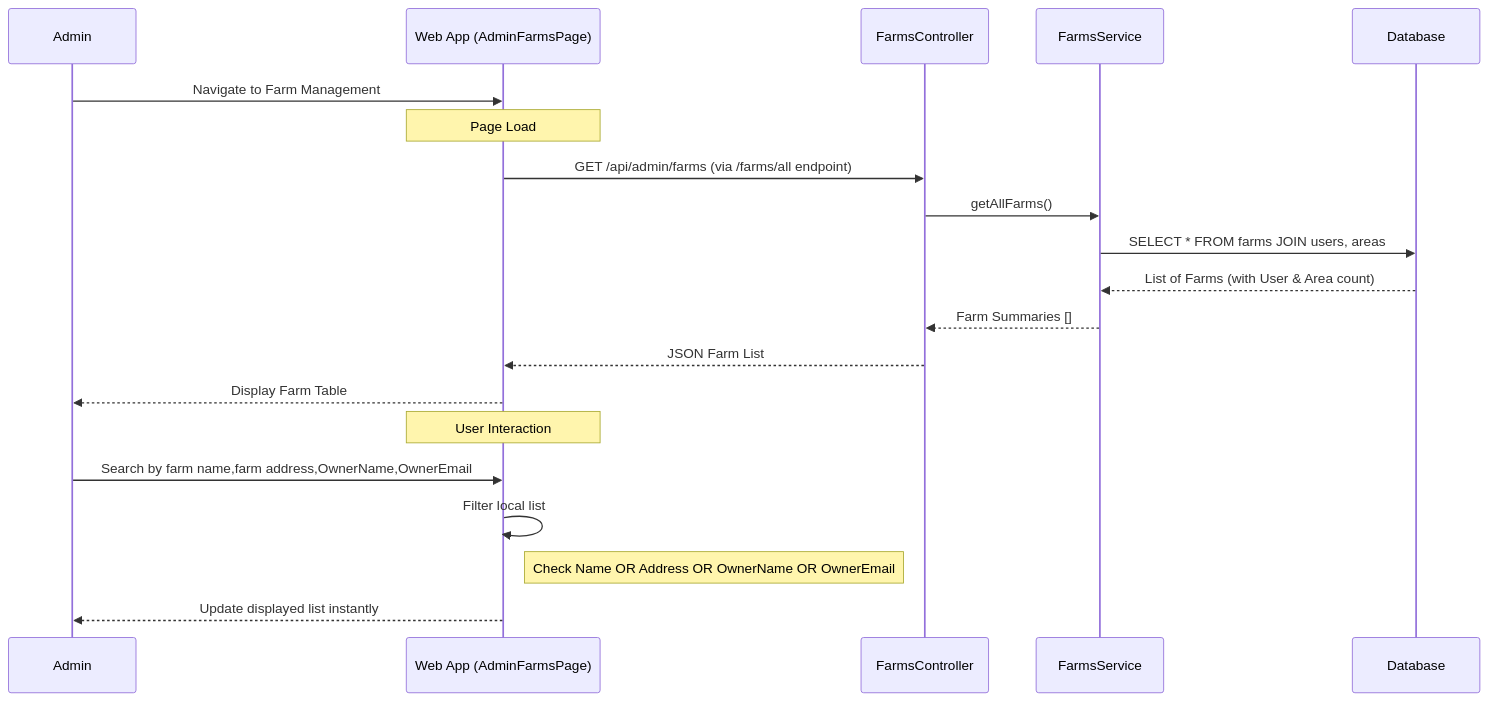
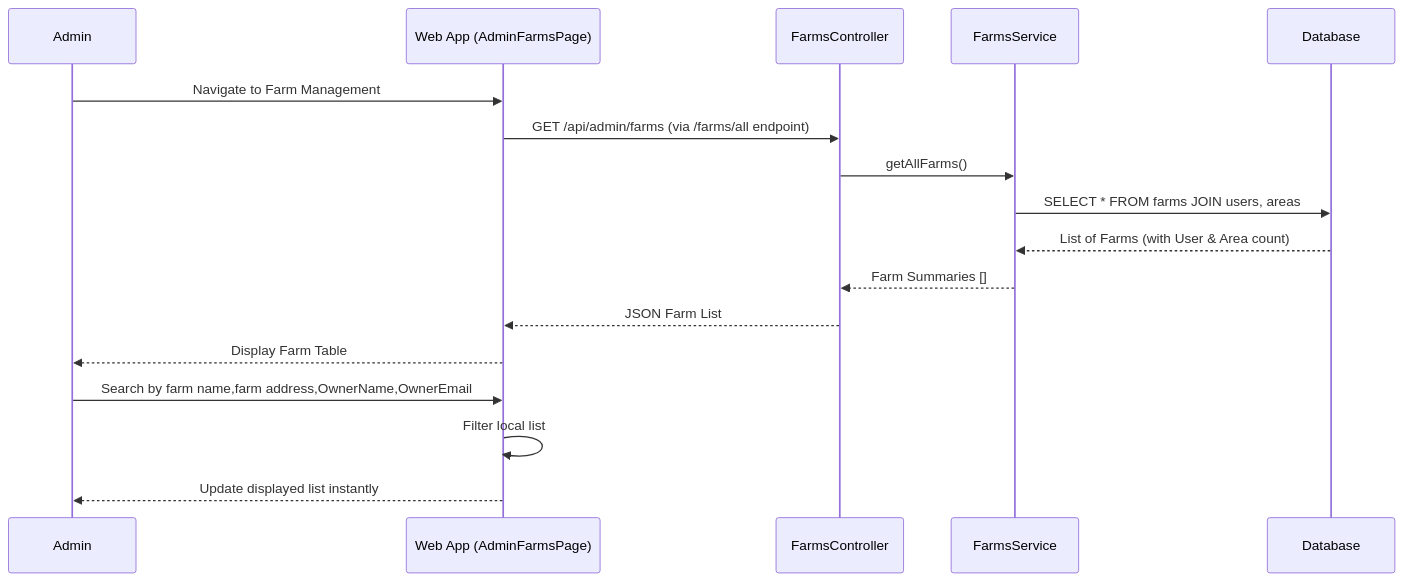
Before and after one commit to duong4444/agribot-dev: the second of 3 diagrams in DOC-TTCS/admin_farm_management_docs.md, drawn with Mermaid. The commit also changed other lines of this file and 10 other files, not shown here.

````diff
--- a/DOC-TTCS/admin_farm_management_docs.md
+++ b/DOC-TTCS/admin_farm_management_docs.md
@@ -74,24 +73,21 @@
 ```mermaid
 sequenceDiagram
     participant A as Admin
     participant FE as Web App (AdminFarmsPage)
     participant CTL as FarmsController
     participant SVC as FarmsService
     participant DB as Database
 
     A->>FE: Navigate to Farm Management
-    Note over FE: Page Load
     FE->>CTL: GET /api/admin/farms (via /farms/all endpoint)
     CTL->>SVC: getAllFarms()
     SVC->>DB: SELECT * FROM farms JOIN users, areas
     DB-->>SVC: List of Farms (with User & Area count)
     SVC-->>CTL: Farm Summaries []
     CTL-->>FE: JSON Farm List
     FE-->>A: Display Farm Table
     
-    Note over FE: User Interaction
     A->>FE: Search by farm name,farm address,OwnerName,OwnerEmail
     FE->>FE: Filter local list
-    Note right of FE: Check Name OR Address OR OwnerName OR OwnerEmail
     FE-->>A: Update displayed list instantly
 ```
````
